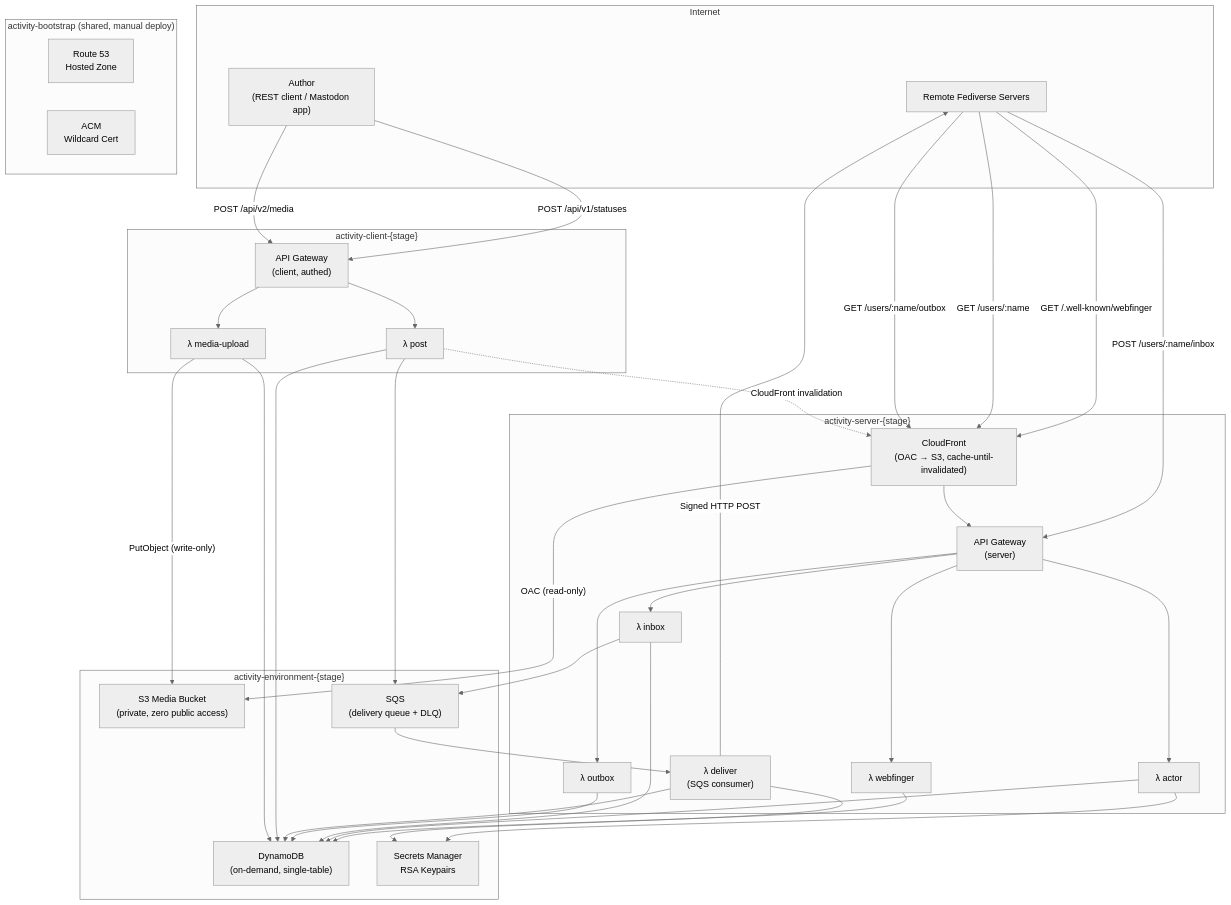
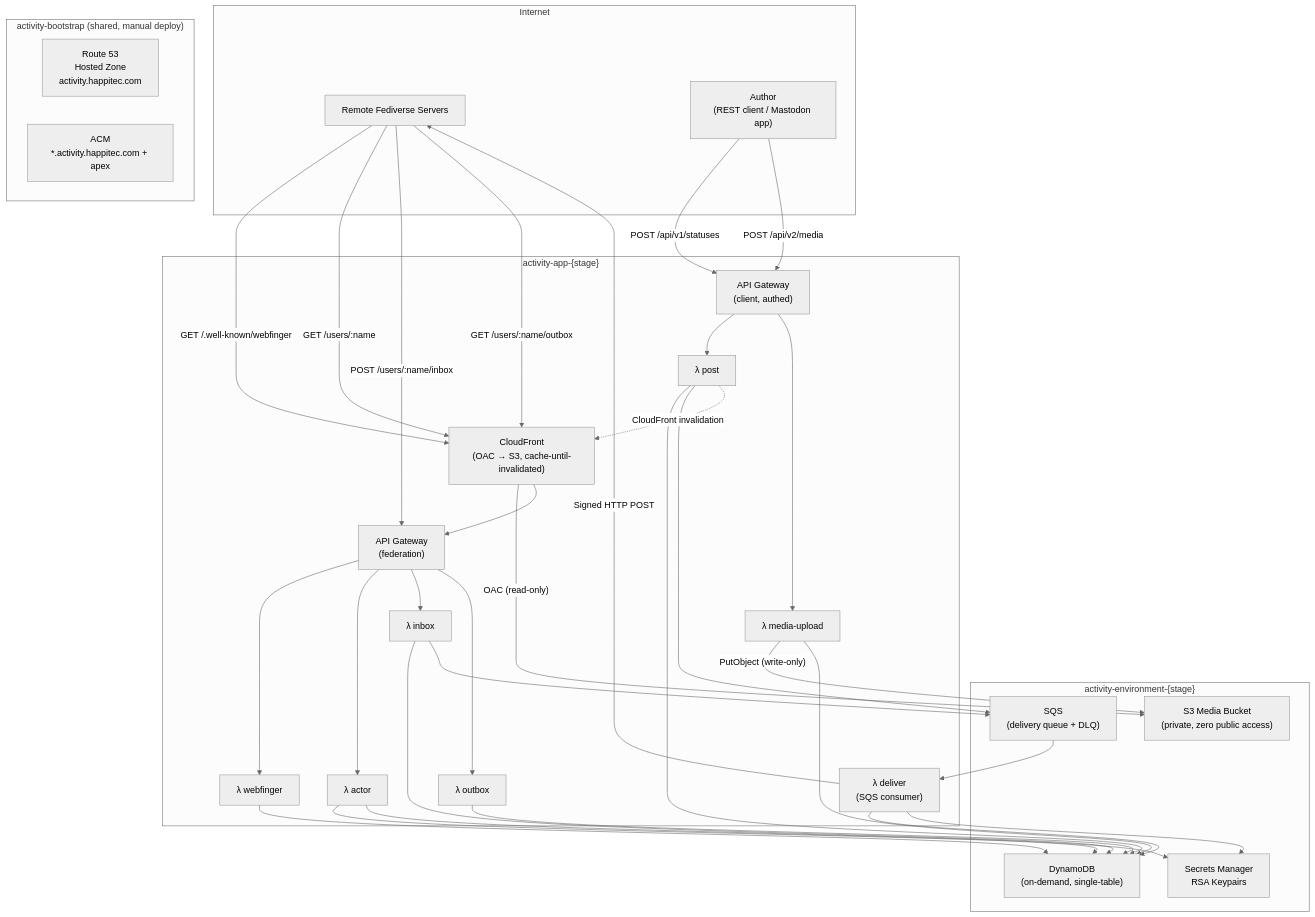
Before and after one commit to happitec-inc/FederatedActivityPublisher: the first of 4 diagrams in docs/PROJECT-PLAN.md, drawn with Mermaid (neutral theme). The commit also changed other lines of this file, not shown here.

First line of the commit message:
Three-template architecture: bootstrap + environment + app

````diff
--- a/docs/PROJECT-PLAN.md
+++ b/docs/PROJECT-PLAN.md
@@ -31,70 +31,67 @@
 ```mermaid
 flowchart TB
     subgraph "Internet"
         FED["Remote Fediverse Servers"]
         AUTHOR["Author<br/>(REST client / Mastodon app)"]
     end
 
     subgraph "activity-bootstrap (shared, manual deploy)"
-        R53["Route 53<br/>Hosted Zone"]
-        ACM["ACM<br/>Wildcard Cert"]
+        R53["Route 53<br/>Hosted Zone<br/>activity.happitec.com"]
+        ACM["ACM<br/>*.activity.happitec.com + apex"]
     end
 
     subgraph "activity-environment-{stage}"
         S3["S3 Media Bucket<br/>(private, zero public access)"]
         DDB["DynamoDB<br/>(on-demand, single-table)"]
         SQS["SQS<br/>(delivery queue + DLQ)"]
         SM["Secrets Manager<br/>RSA Keypairs"]
     end
 
-    subgraph "activity-server-{stage}"
+    subgraph "activity-app-{stage}"
         CF["CloudFront<br/>(OAC → S3, cache-until-invalidated)"]
-        APIGW_S["API Gateway<br/>(server)"]
+        APIGW_S["API Gateway<br/>(federation)"]
         WF["λ webfinger"]
         ACTOR["λ actor"]
         INBOX["λ inbox"]
         OUTBOX["λ outbox"]
         DELIVER["λ deliver<br/>(SQS consumer)"]
-    end
-
-    subgraph "activity-client-{stage}"
         APIGW_C["API Gateway<br/>(client, authed)"]
         POST["λ post"]
         MEDIA["λ media-upload"]
     end
 
     FED -->|"GET /.well-known/webfinger"| CF
     FED -->|"GET /users/:name"| CF
     FED -->|"POST /users/:name/inbox"| APIGW_S
     FED -->|"GET /users/:name/outbox"| CF
 
     AUTHOR -->|"POST /api/v1/statuses"| APIGW_C
     AUTHOR -->|"POST /api/v2/media"| APIGW_C
 
     CF -->|"OAC (read-only)"| S3
     CF --> APIGW_S
     APIGW_S --> WF
     APIGW_S --> ACTOR
     APIGW_S --> INBOX
     APIGW_S --> OUTBOX
 
     WF --> DDB
     ACTOR --> DDB
     ACTOR --> SM
     INBOX --> DDB
     INBOX --> SQS
     OUTBOX --> DDB
 
     SQS --> DELIVER
     DELIVER --> DDB
     DELIVER --> SM
     DELIVER -->|"Signed HTTP POST"| FED
 
     APIGW_C --> POST
     APIGW_C --> MEDIA
     POST --> DDB
     POST --> SQS
     POST -.->|"CloudFront invalidation"| CF
     MEDIA -->|"PutObject (write-only)"| S3
     MEDIA --> DDB
 ```
````
